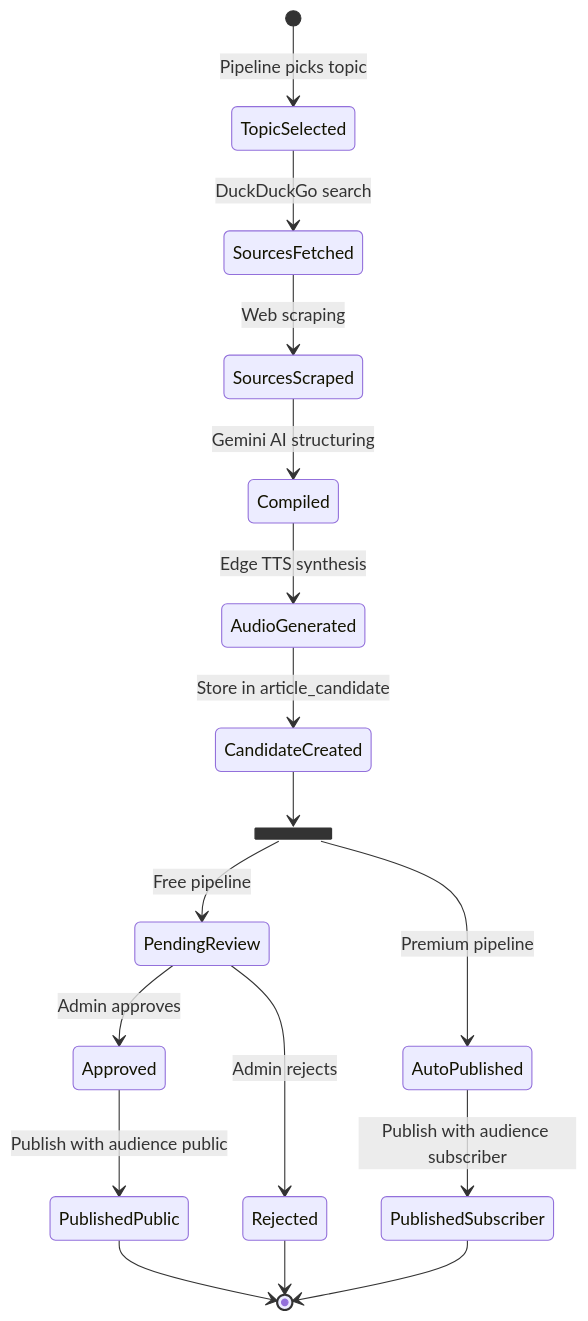
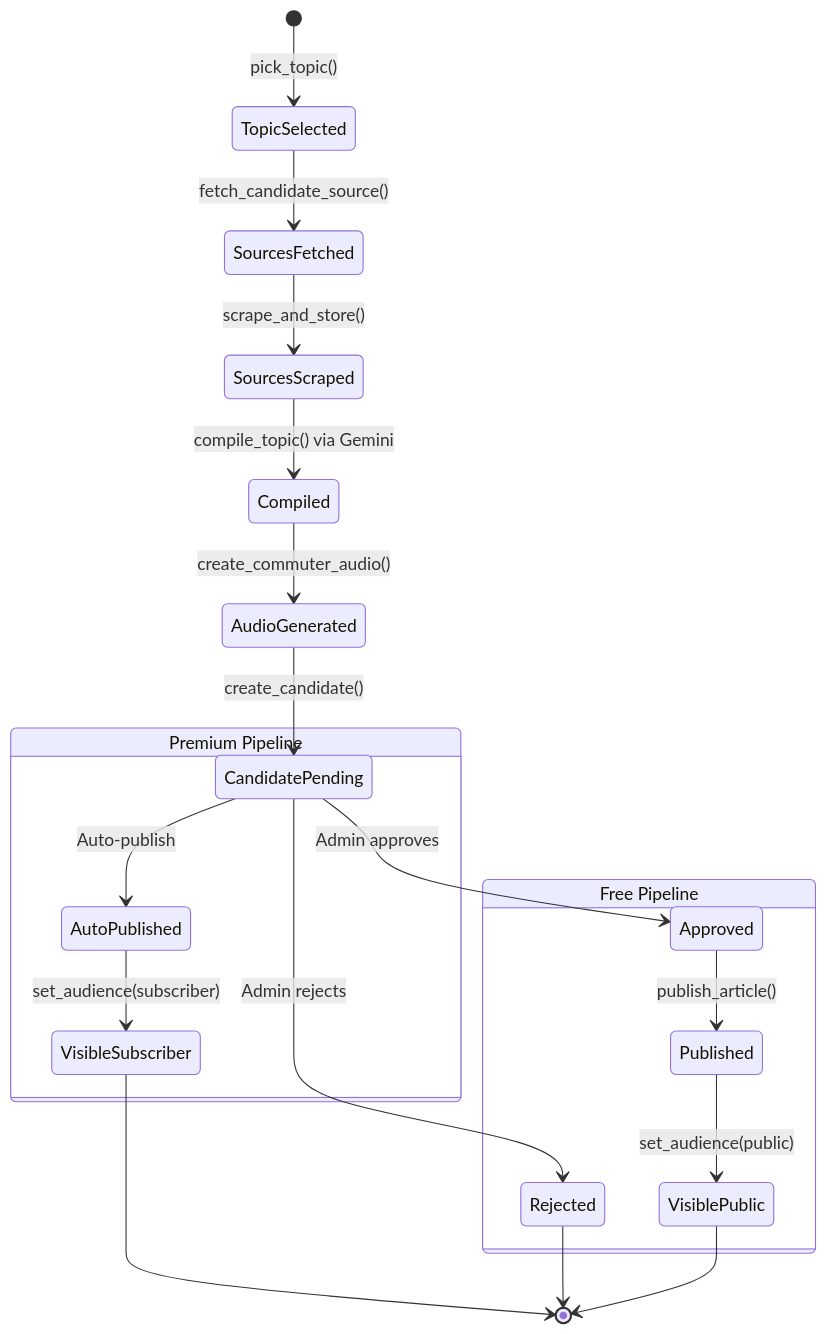
One commit to pradnyeshbhalekar/looplearn-fe changed diagram 12 of 13 in blackbook.md. Above: the diagram before and after it, drawn with Mermaid. The commit also changed other lines of this file, not shown here.

````diff
--- a/blackbook.md
+++ b/blackbook.md
@@ -614,24 +1179,25 @@
 ```mermaid
 stateDiagram-v2
-    [*] --> TopicSelected : Pipeline picks topic
-    TopicSelected --> SourcesFetched : DuckDuckGo search
-    SourcesFetched --> SourcesScraped : Web scraping
-    SourcesScraped --> Compiled : Gemini AI structuring
-    Compiled --> AudioGenerated : Edge TTS synthesis
-    AudioGenerated --> CandidateCreated : Store in article_candidate
+    [*] --> TopicSelected: pick_topic()
+    TopicSelected --> SourcesFetched: fetch_candidate_source()
+    SourcesFetched --> SourcesScraped: scrape_and_store()
+    SourcesScraped --> Compiled: compile_topic() via Gemini
+    Compiled --> AudioGenerated: create_commuter_audio()
+    AudioGenerated --> CandidatePending: create_candidate()
 
-    state fork_state <<fork>>
-    CandidateCreated --> fork_state
+    state "Free Pipeline" as FP {
+        CandidatePending --> Approved: Admin approves
+        CandidatePending --> Rejected: Admin rejects
+        Approved --> Published: publish_article()
+        Published --> VisiblePublic: set_audience(public)
+    }
 
-    fork_state --> PendingReview : Free pipeline
-    fork_state --> AutoPublished : Premium pipeline
+    state "Premium Pipeline" as PP {
+        CandidatePending --> AutoPublished: Auto-publish
+        AutoPublished --> VisibleSubscriber: set_audience(subscriber)
+    }
 
-    PendingReview --> Approved : Admin approves
-    PendingReview --> Rejected : Admin rejects
-    Approved --> PublishedPublic : Publish with audience public
-    AutoPublished --> PublishedSubscriber : Publish with audience subscriber
-
-    PublishedPublic --> [*]
-    PublishedSubscriber --> [*]
     Rejected --> [*]
+    VisiblePublic --> [*]
+    VisibleSubscriber --> [*]
 ```
````
